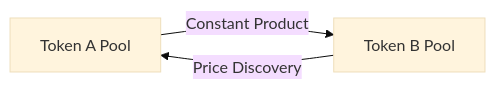
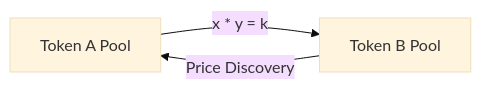
The first of 2 diagrams in docs/learning-guide.md (twannasleep/simple-token-exchange), drawn with Mermaid (base theme) before and after one commit. The commit also changed other lines of this file and 4 other files, not shown here.

````diff
--- a/docs/learning-guide.md
+++ b/docs/learning-guide.md
@@ -99,5 +68,5 @@
 ```mermaid
 graph LR
-    A[Token A Pool] -->|Constant Product| B[Token B Pool]
+    A[Token A Pool] -->|x * y = k| B[Token B Pool]
     B -->|Price Discovery| A
 ```
````
